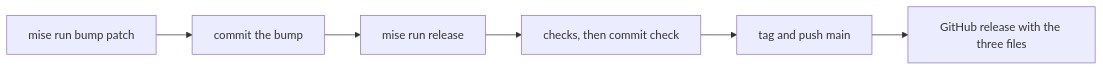
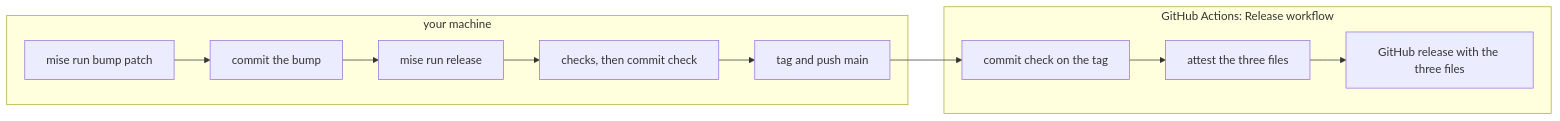
The second of 2 diagrams in DEVELOPER.md (channingwalton/obsidian-stretch), drawn with Mermaid before and after one commit. The commit also changed other lines of this file and 2 other files, not shown here.

First line of the commit message:
Build and attest releases in GitHub Actions

````diff
--- a/DEVELOPER.md
+++ b/DEVELOPER.md
@@ -120,8 +121,14 @@
 ```mermaid
 flowchart LR
-  bump["mise run bump patch"] --> commit["commit the bump"]
-  commit --> release["mise run release"]
-  release --> checks["checks, then commit check"]
-  checks --> tag["tag and push main"]
-  tag --> gh["GitHub release with the three files"]
+  subgraph local["your machine"]
+    bump["mise run bump patch"] --> commit["commit the bump"]
+    commit --> release["mise run release"]
+    release --> checks["checks, then commit check"]
+    checks --> tag["tag and push main"]
+  end
+  subgraph actions["GitHub Actions: Release workflow"]
+    build["commit check on the tag"] --> attest["attest the three files"]
+    attest --> gh["GitHub release with the three files"]
+  end
+  tag --> build
 ```
````
